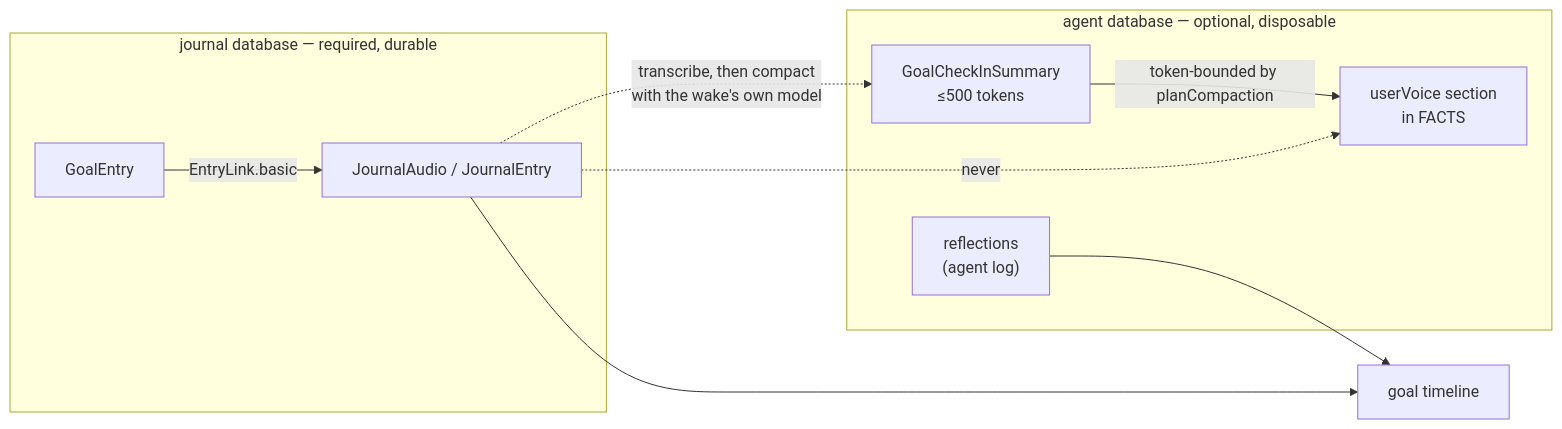
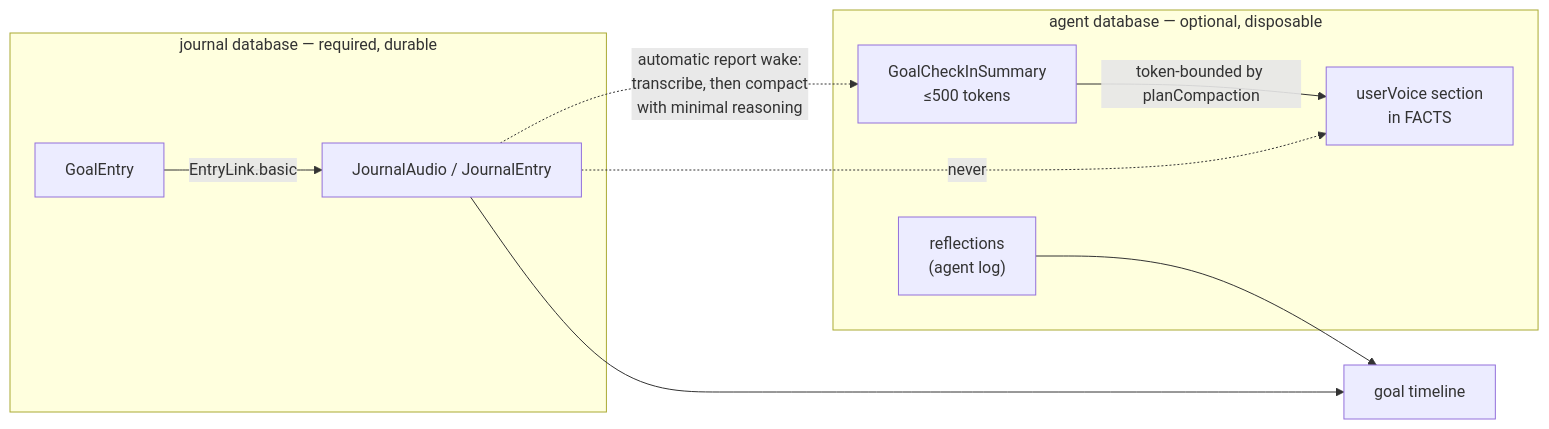
One commit to matthiasn/lotti changed the fourth of 4 diagrams in knowledge/features/goals.md. Above: the diagram before and after it, drawn with Mermaid. The commit also changed other lines of this file and 22 other files, not shown here.

````diff
--- a/knowledge/features/goals.md
+++ b/knowledge/features/goals.md
@@ -1295,18 +1327,18 @@
 ```mermaid
 flowchart LR
   subgraph Journal["journal database — required, durable"]
     G["GoalEntry"]
     A["JournalAudio / JournalEntry"]
     G -- "EntryLink.basic" --> A
   end
   subgraph Agent["agent database — optional, disposable"]
     R["reflections<br/>(agent log)"]
     S["GoalCheckInSummary<br/>≤500 tokens"]
     F["userVoice section<br/>in FACTS"]
   end
-  A -. "transcribe, then compact<br/>with the wake's own model" .-> S
+  A -. "automatic report wake:<br/>transcribe, then compact<br/>with minimal reasoning" .-> S
   S -- "token-bounded by planCompaction" --> F
   R --> TL["goal timeline"]
   A --> TL
   A -. "never" .-> F
 ```
````
